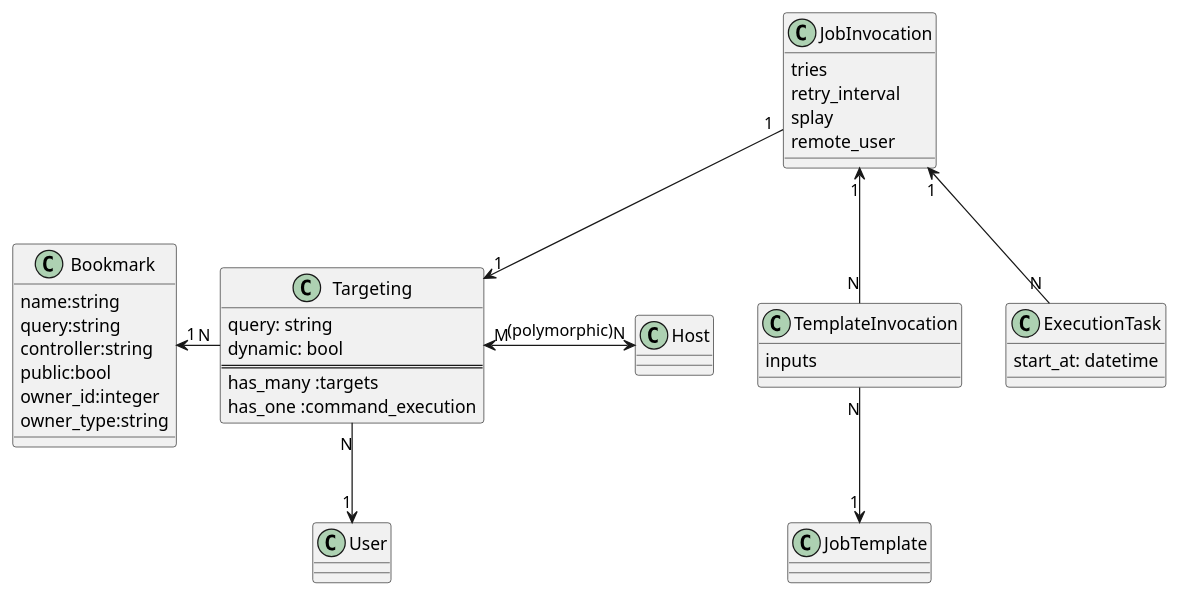
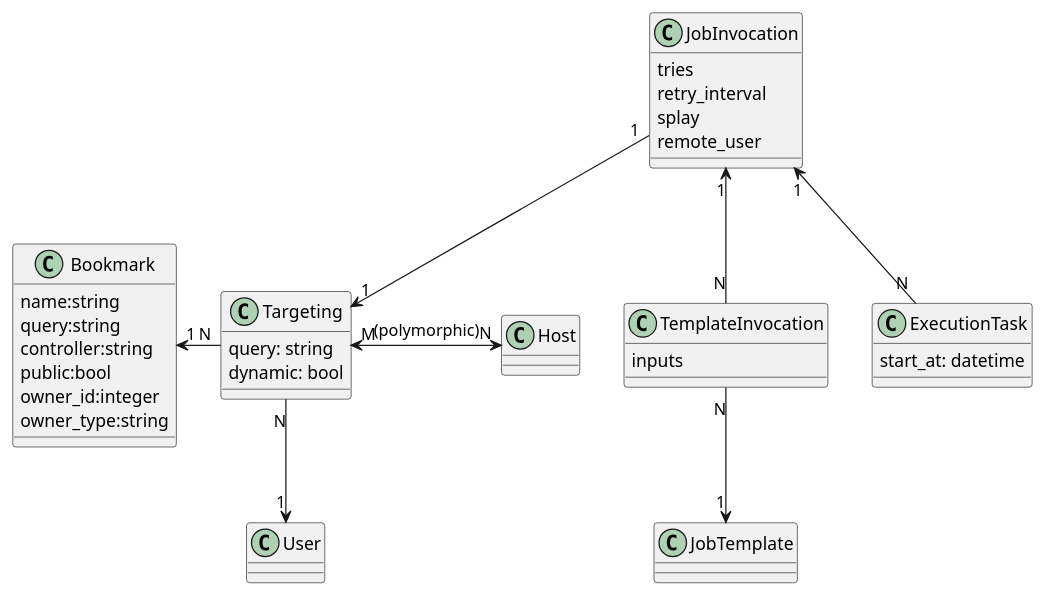
The seventh of 8 diagrams in doc/source/design/index.md (theforeman/foreman_remote_execution), drawn with PlantUML before and after one commit.

Commit message:
Command Invocation: no need to specify the relations twice

```diff
--- a/doc/source/design/index.md
+++ b/doc/source/design/index.md
@@ -522,46 +522,43 @@
 {% plantuml %}
 
 class Bookmark {
   name:string
   query:string
   controller:string
   public:bool
   owner_id:integer
   owner_type:string
 }
 
 class Targeting {
   query: string
   dynamic: bool
-  ==
-  has_many :targets
-  has_one :command_execution
 }
 
 class Host
 class User
 
 class TemplateInvocation {
   inputs
 }
 
 class JobInvocation {
   tries
   retry_interval
   splay
   remote_user
 }
 
 class ExecutionTask {
   start_at: datetime
 }
 
 Bookmark "1" <- "N" Targeting
 Targeting "M" <-> "N" Host : (polymorphic)
 Targeting "N" --> "1" User
 JobInvocation "1" --> "1" Targeting
 JobInvocation "1" <-- "N" TemplateInvocation
 TemplateInvocation "N" --> "1" JobTemplate
 JobInvocation "1" <-- "N" ExecutionTask
 
 {% endplantuml %}
```
